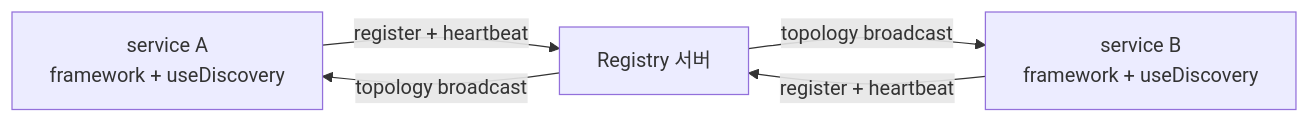
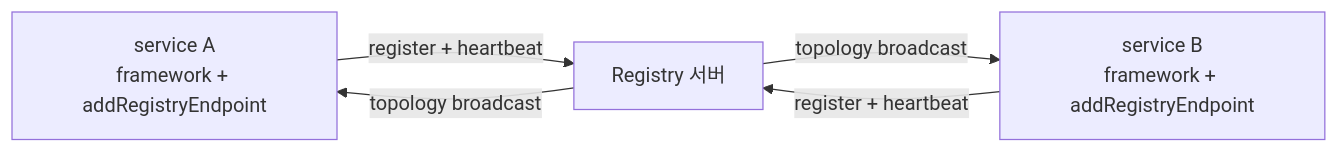
The diagram in framework/languages/java/doc/draft/guide/09-registry.ko.md (kairos-code-dev/zlink), drawn with Mermaid before and after one commit. The commit also changed other lines of this file and 65 other files, not shown here.

````diff
--- a/framework/languages/java/doc/draft/guide/09-registry.ko.md
+++ b/framework/languages/java/doc/draft/guide/09-registry.ko.md
@@ -20,7 +20,7 @@
 ```mermaid
 flowchart LR
-  SVC["service A<br/>framework + useDiscovery"] -->|"register + heartbeat"| REG["Registry 서버"]
-  SVC2["service B<br/>framework + useDiscovery"] -->|"register + heartbeat"| REG
+  SVC["service A<br/>framework + addRegistryEndpoint"] -->|"register + heartbeat"| REG["Registry 서버"]
+  SVC2["service B<br/>framework + addRegistryEndpoint"] -->|"register + heartbeat"| REG
   REG -->|"topology broadcast"| SVC
   REG -->|"topology broadcast"| SVC2
 ```
````
